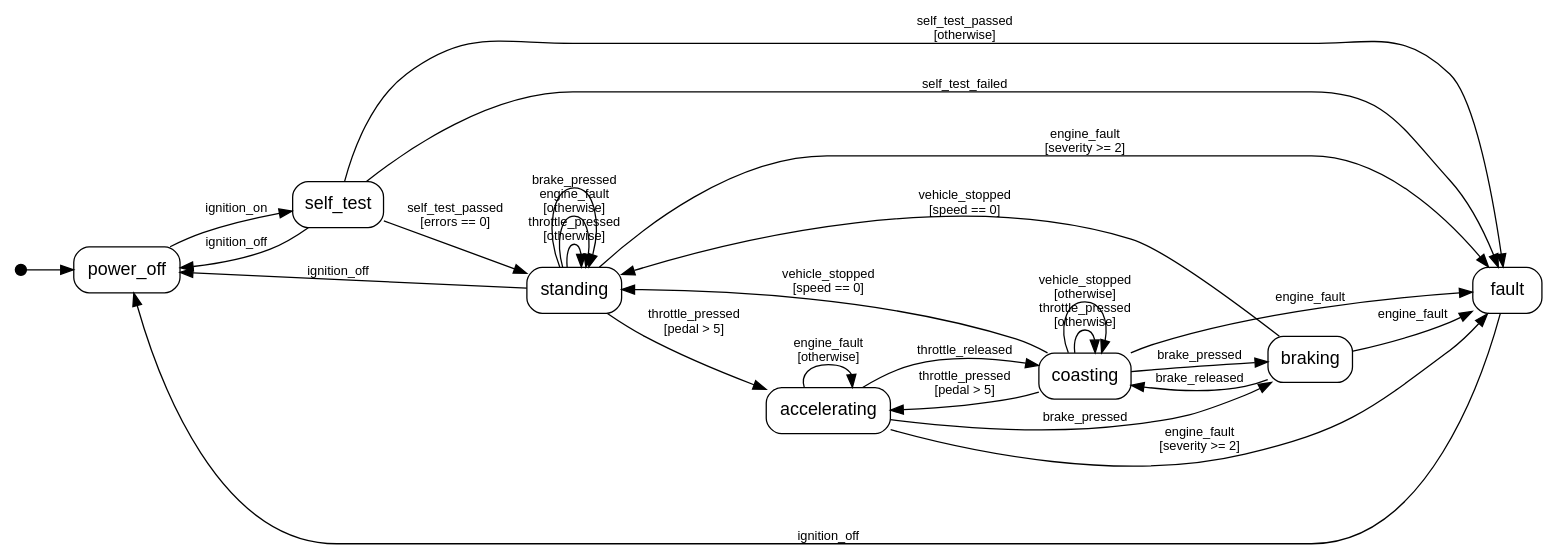
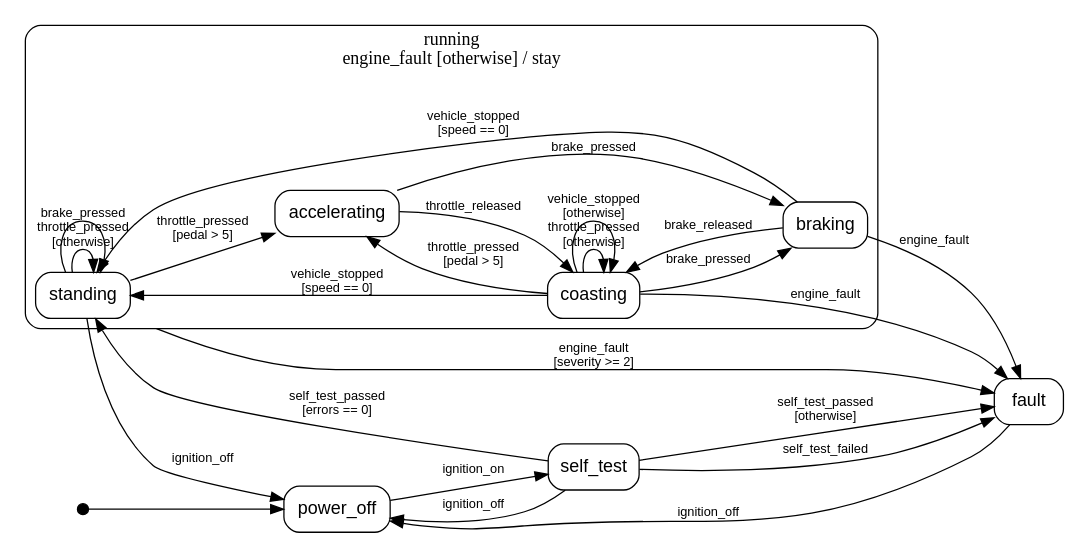
Before and after one commit to subtilitas/fms-yaml: the diagram in examples/car/car.dot, drawn with Graphviz. The commit also changed 30 other files, not shown here.

```diff
--- a/examples/car/car.dot
+++ b/examples/car/car.dot
@@ -1,32 +1,38 @@
 digraph "car" {
   rankdir=LR;
+  compound=true;
   node [shape=box, style=rounded, fontname="sans-serif"];
   edge [fontname="sans-serif", fontsize=10];
   __start [shape=point, width=0.12, label=""];
   __start -> "power_off";
+  subgraph "cluster_running" {
+    label="running\nengine_fault [otherwise] / stay";
+    style=rounded;
+    "standing";
+    "accelerating";
+    "coasting";
+    "braking";
+  }
   "power_off" -> "self_test" [label="ignition_on"];
   "self_test" -> "power_off" [label="ignition_off"];
   "self_test" -> "standing" [label="self_test_passed\n[errors == 0]"];
   "self_test" -> "fault" [label="self_test_passed\n[otherwise]"];
   "self_test" -> "fault" [label="self_test_failed"];
   "standing" -> "power_off" [label="ignition_off"];
   "standing" -> "accelerating" [label="throttle_pressed\n[pedal > 5]"];
   "standing" -> "standing" [label="throttle_pressed\n[otherwise]"];
-  "standing" -> "fault" [label="engine_fault\n[severity >= 2]"];
-  "standing" -> "standing" [label="engine_fault\n[otherwise]"];
   "standing" -> "standing" [label="brake_pressed"];
   "accelerating" -> "coasting" [label="throttle_released"];
-  "accelerating" -> "fault" [label="engine_fault\n[severity >= 2]"];
-  "accelerating" -> "accelerating" [label="engine_fault\n[otherwise]"];
   "accelerating" -> "braking" [label="brake_pressed"];
   "coasting" -> "accelerating" [label="throttle_pressed\n[pedal > 5]"];
   "coasting" -> "coasting" [label="throttle_pressed\n[otherwise]"];
   "coasting" -> "fault" [label="engine_fault"];
   "coasting" -> "braking" [label="brake_pressed"];
   "coasting" -> "standing" [label="vehicle_stopped\n[speed == 0]"];
   "coasting" -> "coasting" [label="vehicle_stopped\n[otherwise]"];
   "braking" -> "fault" [label="engine_fault"];
   "braking" -> "coasting" [label="brake_released"];
   "braking" -> "standing" [label="vehicle_stopped\n[speed == 0]"];
   "fault" -> "power_off" [label="ignition_off"];
+  "standing" -> "fault" [ltail="cluster_running", label="engine_fault\n[severity >= 2]"];
 }
```
